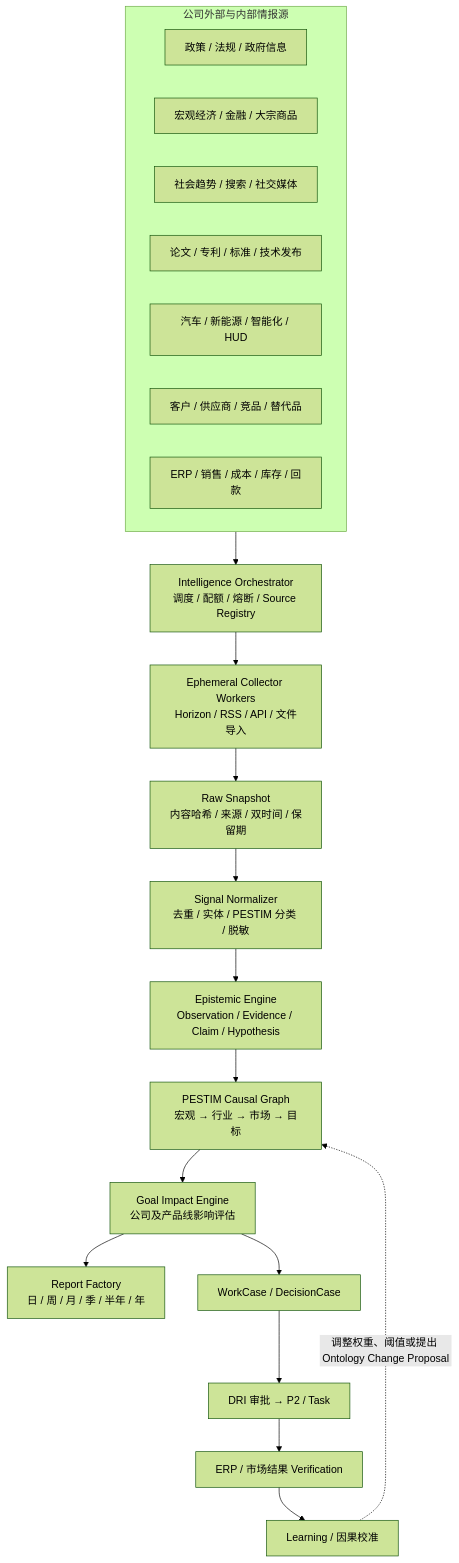
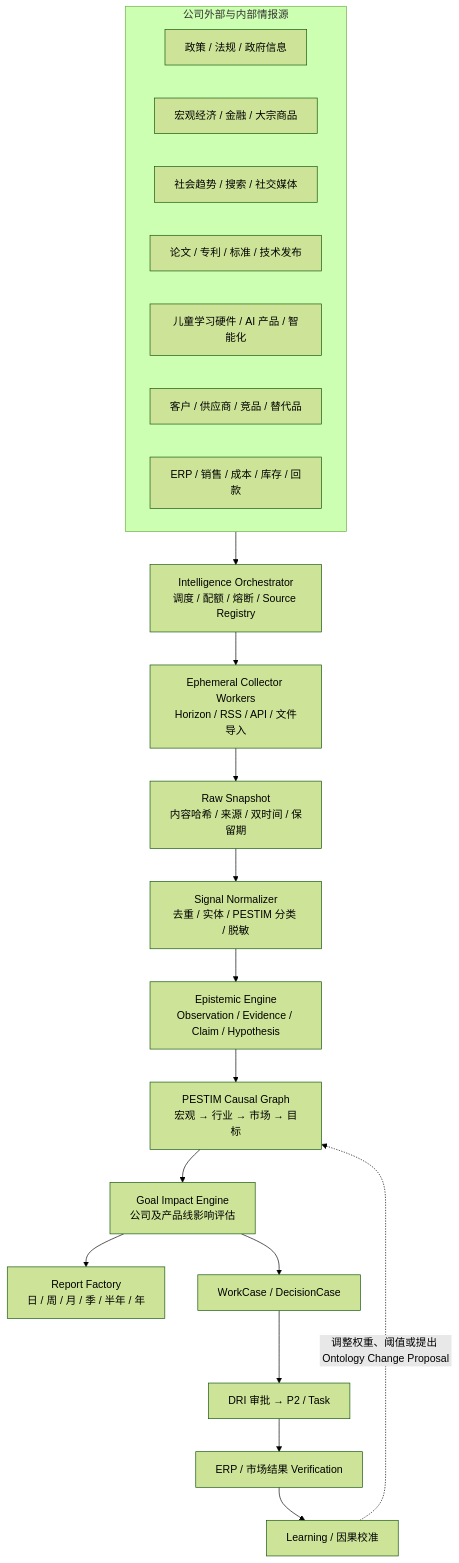
The diagram in 2-Projects/company-ai-ontology/docs/pestim-strategic-intelligence-architecture-2026-08-10.md (Hahaxiong838383/oh-my-ccwork), drawn with Mermaid (forest theme) before and after one commit. The commit also changed other lines of this file and 84 other files, not shown here.

````diff
--- a/2-Projects/company-ai-ontology/docs/pestim-strategic-intelligence-architecture-2026-08-10.md
+++ b/2-Projects/company-ai-ontology/docs/pestim-strategic-intelligence-architecture-2026-08-10.md
@@ -90,30 +90,30 @@
 ```mermaid
 flowchart TB
   subgraph SOURCES["公司外部与内部情报源"]
     GOV["政策 / 法规 / 政府信息"]
     MACRO["宏观经济 / 金融 / 大宗商品"]
     SOCIAL["社会趋势 / 搜索 / 社交媒体"]
     TECH["论文 / 专利 / 标准 / 技术发布"]
-    INDUSTRY["汽车 / 新能源 / 智能化 / HUD"]
+    INDUSTRY["儿童学习硬件 / AI 产品 / 智能化"]
     MARKET["客户 / 供应商 / 竞品 / 替代品"]
     ERP["ERP / 销售 / 成本 / 库存 / 回款"]
   end
 
   ORCH["Intelligence Orchestrator<br/>调度 / 配额 / 熔断 / Source Registry"]
   WORKER["Ephemeral Collector Workers<br/>Horizon / RSS / API / 文件导入"]
   RAW["Raw Snapshot<br/>内容哈希 / 来源 / 双时间 / 保留期"]
   NORMALIZE["Signal Normalizer<br/>去重 / 实体 / PESTIM 分类 / 脱敏"]
   EPI["Epistemic Engine<br/>Observation / Evidence / Claim / Hypothesis"]
   CAUSAL["PESTIM Causal Graph<br/>宏观 → 行业 → 市场 → 目标"]
   IMPACT["Goal Impact Engine<br/>公司及产品线影响评估"]
   REPORT["Report Factory<br/>日 / 周 / 月 / 季 / 半年 / 年"]
   CASE["WorkCase / DecisionCase"]
   PRACTICE["DRI 审批 → P2 / Task"]
   VERIFY["ERP / 市场结果 Verification"]
   LEARN["Learning / 因果校准"]
 
   SOURCES --> ORCH --> WORKER --> RAW --> NORMALIZE --> EPI --> CAUSAL --> IMPACT
   IMPACT --> REPORT
   IMPACT --> CASE --> PRACTICE --> VERIFY --> LEARN
   LEARN -. "调整权重、阈值或提出 Ontology Change Proposal" .-> CAUSAL
 ```
````
